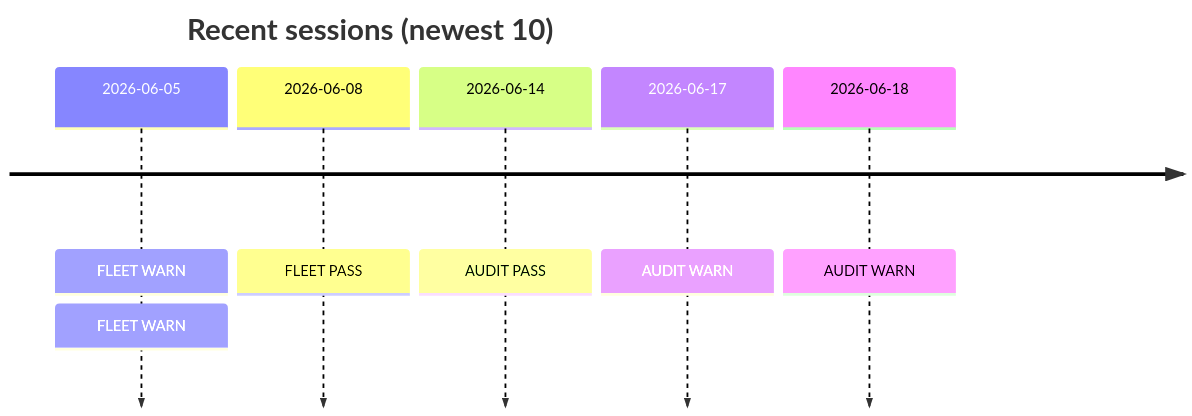
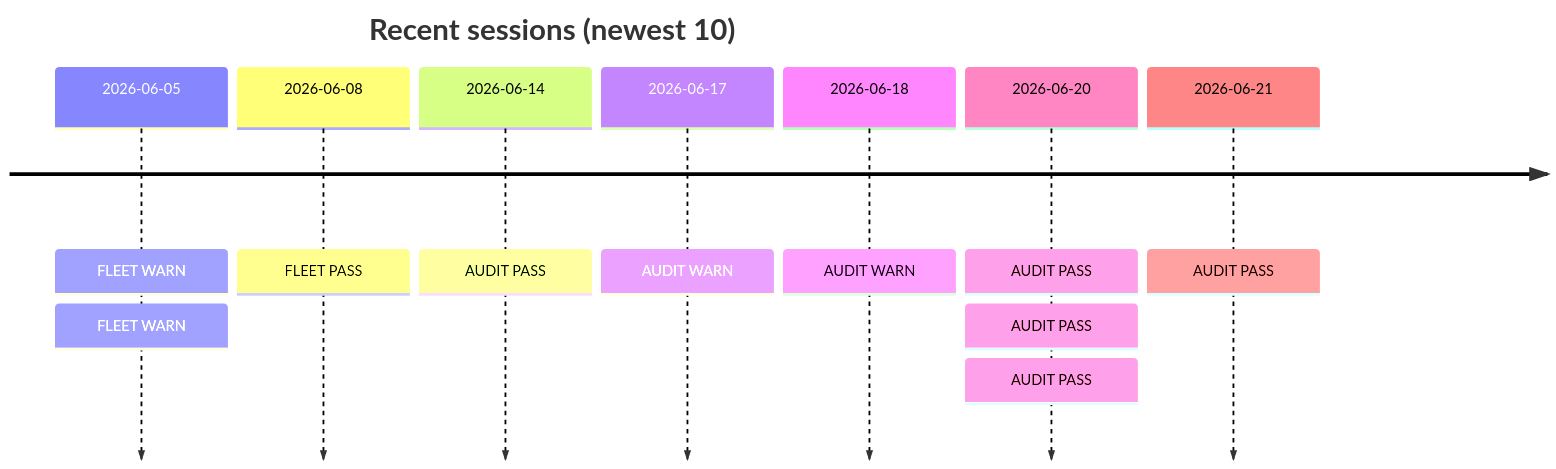
One commit to Neoptolemospapadiofantous/automation_dashboard changed the diagram in docs/hermes/dashboard.md. Above: the diagram before and after it, drawn with Mermaid. The commit also changed other lines of this file and 53 other files, not shown here.

First line of the commit message:
Embed recording, lead-board polish, and a live architecture graph + integrity gate (#25)

````diff
--- a/docs/hermes/dashboard.md
+++ b/docs/hermes/dashboard.md
@@ -15,15 +15,21 @@
 ```mermaid
 timeline
     title Recent sessions (newest 10)
     2026-06-05
         : FLEET WARN
         : FLEET WARN
     2026-06-08
         : FLEET PASS
     2026-06-14
         : AUDIT PASS
     2026-06-17
         : AUDIT WARN
     2026-06-18
         : AUDIT WARN
+    2026-06-20
+        : AUDIT PASS
+        : AUDIT PASS
+        : AUDIT PASS
+    2026-06-21
+        : AUDIT PASS
 ```
````
